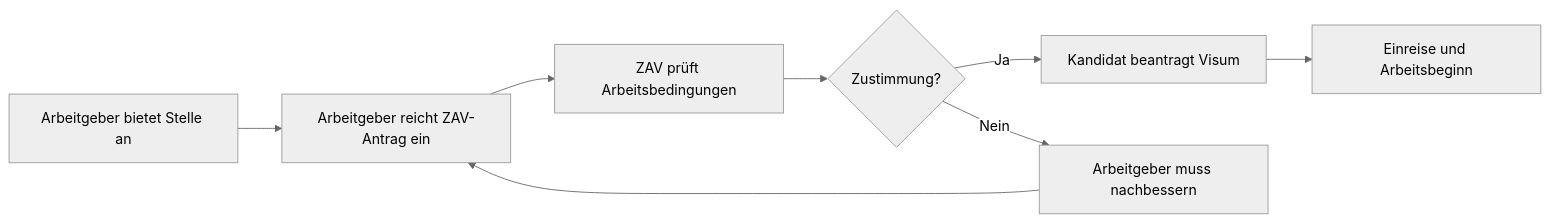
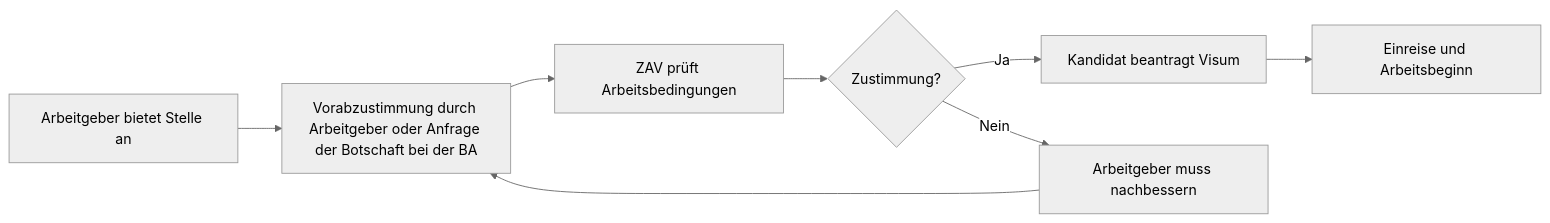
One commit to benedikt-aatrium/wiki-usbekische-fachkraefte changed the first of 2 diagrams in docs/19_anabin_zav_kmk_zusammenspiel.md. Above: the diagram before and after it, drawn with Mermaid (neutral theme). The commit also changed other lines of this file and 44 other files, not shown here.

````diff
--- a/docs/19_anabin_zav_kmk_zusammenspiel.md
+++ b/docs/19_anabin_zav_kmk_zusammenspiel.md
@@ -306,10 +359,10 @@
 ```mermaid
 graph LR
-    A[Arbeitgeber bietet Stelle an] --> B[Arbeitgeber reicht ZAV-Antrag ein]
+    A[Arbeitgeber bietet Stelle an] --> B[Vorabzustimmung durch Arbeitgeber oder Anfrage der Botschaft bei der BA]
     B --> C[ZAV prüft Arbeitsbedingungen]
     C --> D{Zustimmung?}
     D -->|Ja| E[Kandidat beantragt Visum]
     D -->|Nein| F[Arbeitgeber muss nachbessern]
     F --> B
     E --> G[Einreise und Arbeitsbeginn]
 ```
````
